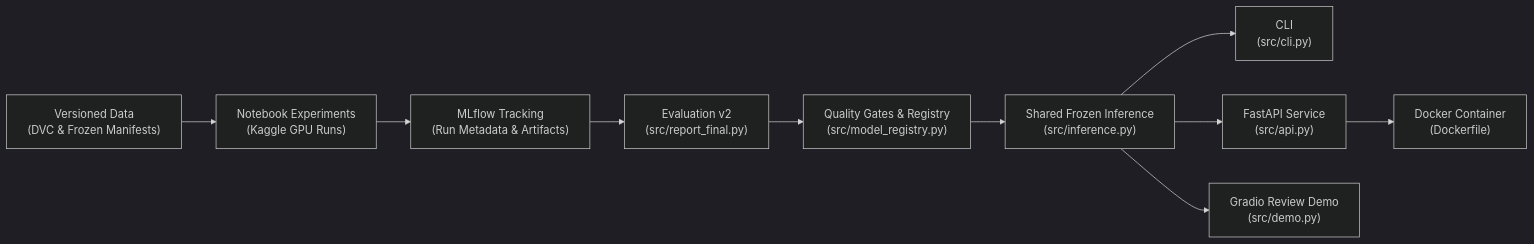
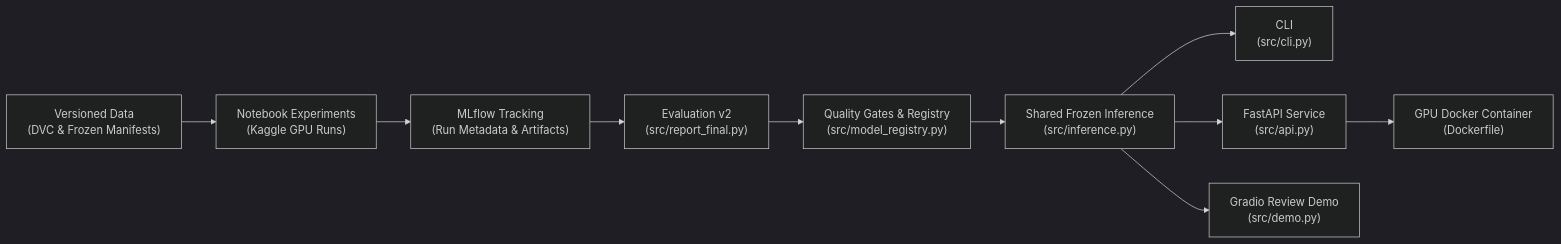
One commit to goyashek/civic-grievance-structurer changed the second of 2 diagrams in README.md. Above: the diagram before and after it, drawn with Mermaid (dark theme). The commit also changed other lines of this file and 7 other files, not shown here.

````diff
--- a/README.md
+++ b/README.md
@@ -637,12 +637,12 @@
 ```mermaid
 flowchart LR
     data["Versioned Data\n(DVC & Frozen Manifests)"] --> notebooks["Notebook Experiments\n(Kaggle GPU Runs)"]
     notebooks --> tracking["MLflow Tracking\n(Run Metadata & Artifacts)"]
     tracking --> evaluation["Evaluation v2\n(src/report_final.py)"]
     evaluation --> registry["Quality Gates & Registry\n(src/model_registry.py)"]
     registry --> inference["Shared Frozen Inference\n(src/inference.py)"]
     inference --> cli["CLI\n(src/cli.py)"]
     inference --> api["FastAPI Service\n(src/api.py)"]
     inference --> gradio["Gradio Review Demo\n(src/demo.py)"]
-    api --> docker["Docker Container\n(Dockerfile)"]
+    api --> docker["GPU Docker Container\n(Dockerfile)"]
 ```
````
